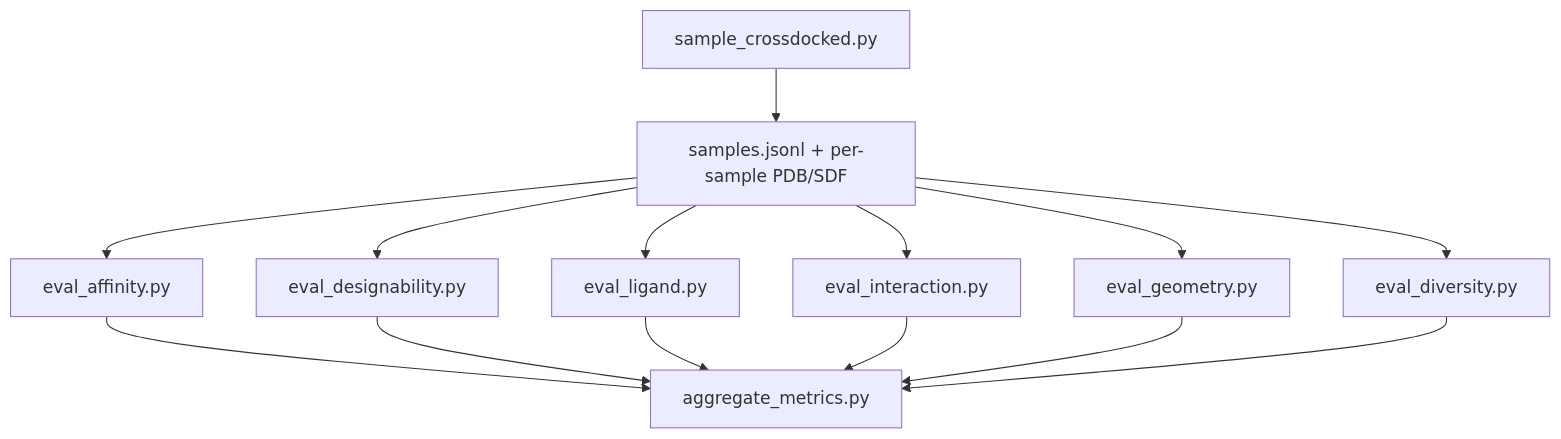
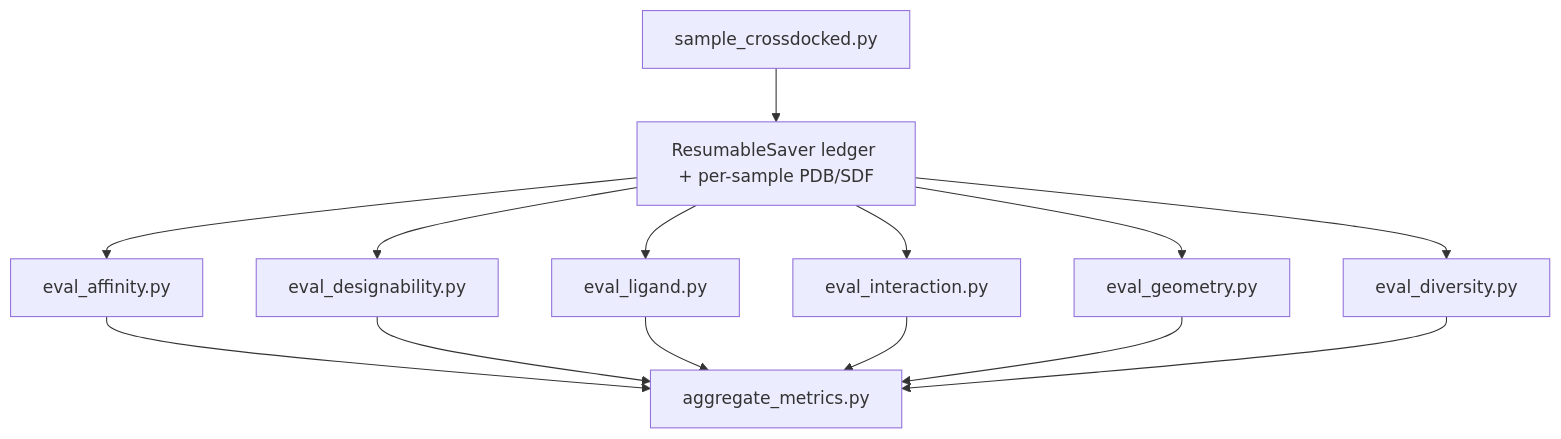
The second of 2 diagrams in reproduction/readme.md (zeroDtree/PocketGen), drawn with Mermaid before and after one commit. The commit also changed other lines of this file and 14 other files, not shown here.

````diff
--- a/reproduction/readme.md
+++ b/reproduction/readme.md
@@ -89,18 +89,18 @@
 ```mermaid
 flowchart TD
   sample[sample_crossdocked.py]
-  samples["samples.jsonl + per-sample PDB/SDF"]
+  samples["ResumableSaver ledger + per-sample PDB/SDF"]
   sample --> samples
   samples --> affinity[eval_affinity.py]
   samples --> design[eval_designability.py]
   samples --> ligand[eval_ligand.py]
   samples --> interact[eval_interaction.py]
   samples --> geometry[eval_geometry.py]
   samples --> diversity[eval_diversity.py]
   affinity --> agg[aggregate_metrics.py]
   design --> agg
   ligand --> agg
   interact --> agg
   geometry --> agg
   diversity --> agg
 ```
````
